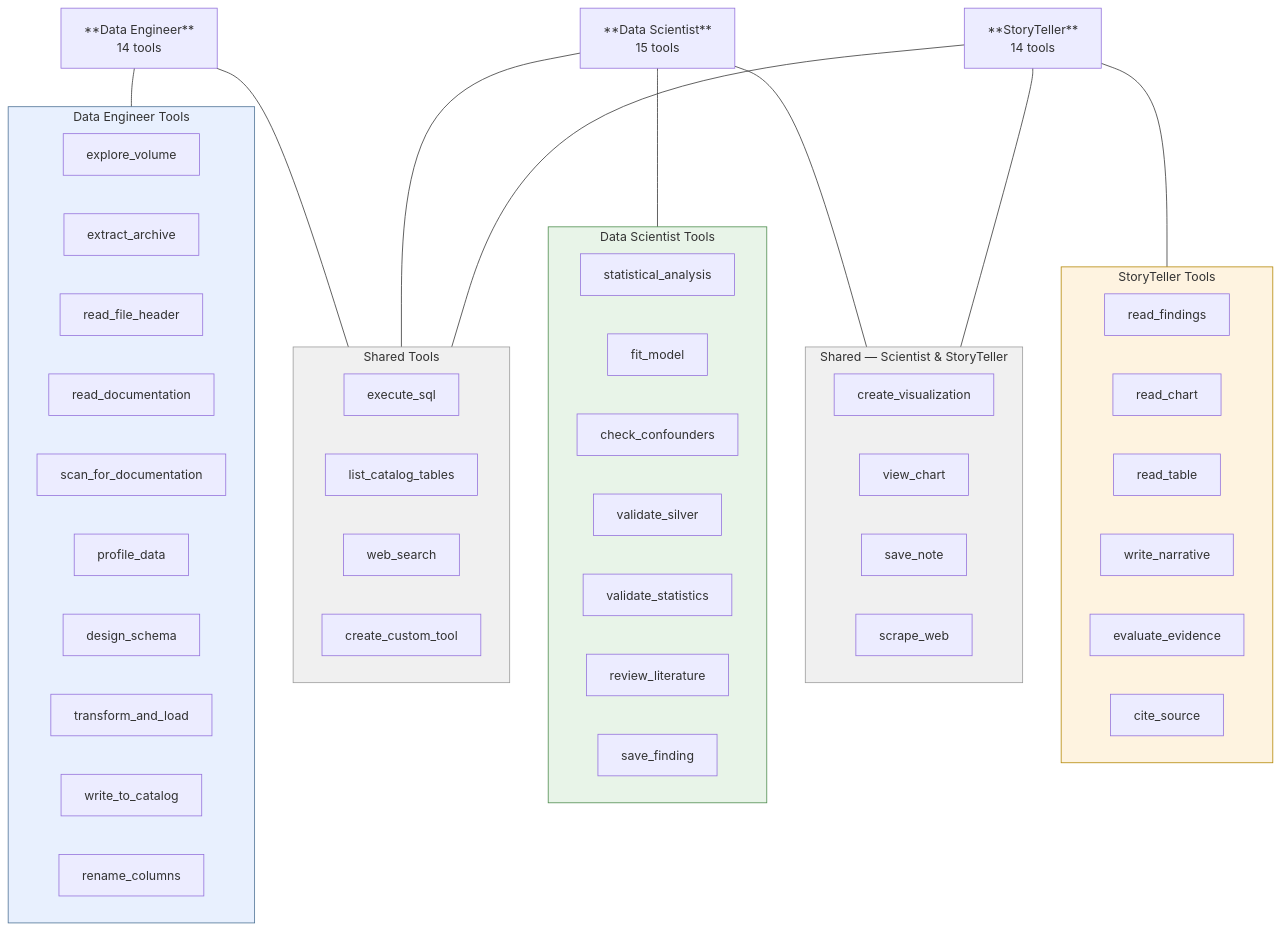
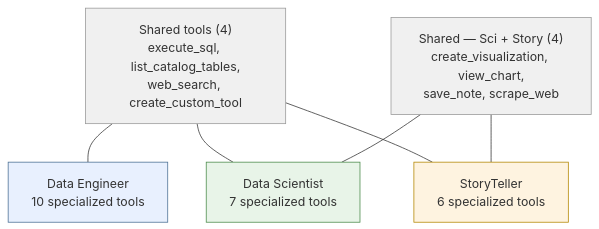
One commit to jweinberg-a2a/versifai-data-agents changed the fourth of 11 diagrams in docs/architecture.md. Above: the diagram before and after it, drawn with Mermaid. The commit also changed other lines of this file and 4 other files, not shown here.

Commit message:
diagrams fixed

````diff
--- a/docs/architecture.md
+++ b/docs/architecture.md
@@ -156,68 +136,15 @@
 ```mermaid
 flowchart TD
-    subgraph shared["Shared Tools"]
-        direction LR
-        SQL["execute_sql"]
-        LIST["list_catalog_tables"]
-        WEB["web_search"]
-        CUSTOM["create_custom_tool"]
-    end
+    SHARED["Shared tools (4)<br>execute_sql, list_catalog_tables,<br>web_search, create_custom_tool"] --- ENG & SCI & STORY
+    SHARED2["Shared — Sci + Story (4)<br>create_visualization, view_chart,<br>save_note, scrape_web"] --- SCI & STORY
 
-    subgraph shared2["Shared — Scientist & StoryTeller"]
-        direction LR
-        VIZ["create_visualization"]
-        VIEW["view_chart"]
-        NOTE["save_note"]
-        SCRAPE["scrape_web"]
-    end
+    ENG["Data Engineer<br>10 specialized tools"]
+    SCI["Data Scientist<br>7 specialized tools"]
+    STORY["StoryTeller<br>6 specialized tools"]
 
-    subgraph eng_tools["Data Engineer Tools"]
-        direction LR
-        EV["explore_volume"]
-        EA["extract_archive"]
-        RFH["read_file_header"]
-        RD["read_documentation"]
-        SFD["scan_for_documentation"]
-        PD["profile_data"]
-        DS["design_schema"]
-        TL["transform_and_load"]
-        WTC["write_to_catalog"]
-        RC["rename_columns"]
-    end
-
-    subgraph sci_tools["Data Scientist Tools"]
-        direction LR
-        STAT["statistical_analysis"]
-        FIT["fit_model"]
-        CONF["check_confounders"]
-        VS["validate_silver"]
-        VSTAT["validate_statistics"]
-        LIT["review_literature"]
-        SF["save_finding"]
-    end
-
-    subgraph story_tools["StoryTeller Tools"]
-        direction LR
-        RF["read_findings"]
-        RCHART["read_chart"]
-        RT["read_table"]
-        WN["write_narrative"]
-        EE["evaluate_evidence"]
-        CS["cite_source"]
-    end
-
-    ENG["**Data Engineer**<br>14 tools"] --- eng_tools
-    ENG --- shared
-    SCI["**Data Scientist**<br>15 tools"] --- sci_tools
-    SCI --- shared
-    SCI --- shared2
-    STORY["**StoryTeller**<br>14 tools"] --- story_tools
-    STORY --- shared
-    STORY --- shared2
-
-    style shared fill:#f0f0f0,stroke:#999
-    style shared2 fill:#f0f0f0,stroke:#999
-    style eng_tools fill:#e8f0fe,stroke:#4a6f93
-    style sci_tools fill:#e8f4e8,stroke:#4a8a4a
-    style story_tools fill:#fef3e0,stroke:#b38600
+    style SHARED fill:#f0f0f0,stroke:#999
+    style SHARED2 fill:#f0f0f0,stroke:#999
+    style ENG fill:#e8f0fe,stroke:#4a6f93
+    style SCI fill:#e8f4e8,stroke:#4a8a4a
+    style STORY fill:#fef3e0,stroke:#b38600
 ```
````
